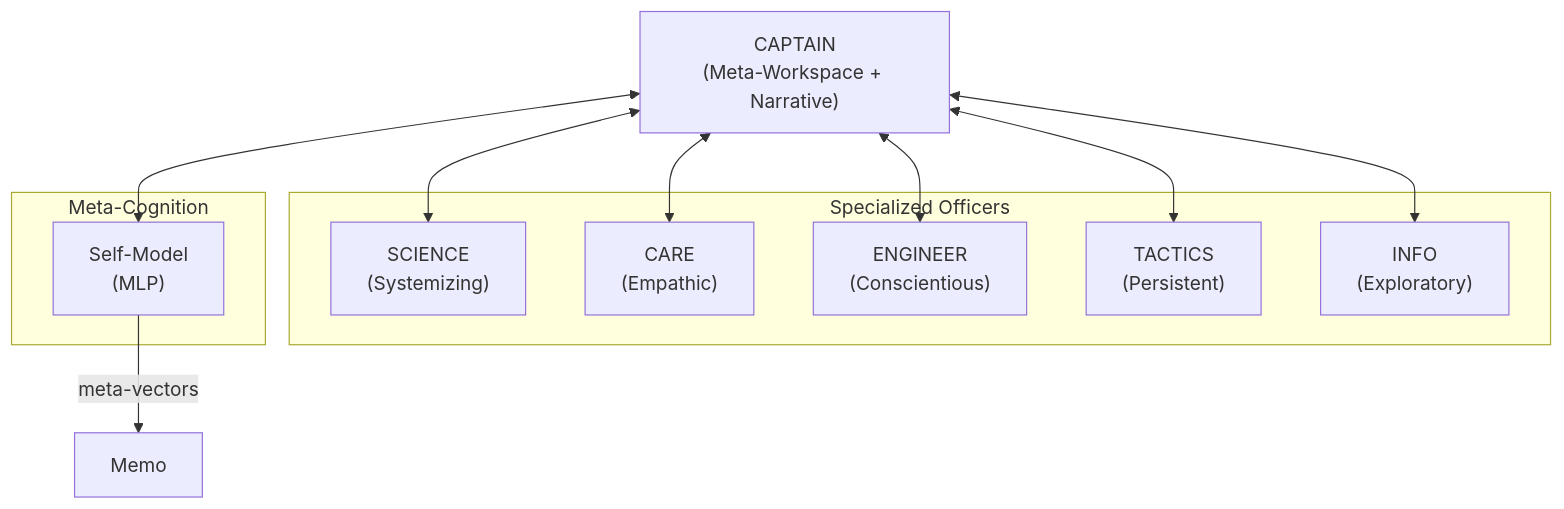
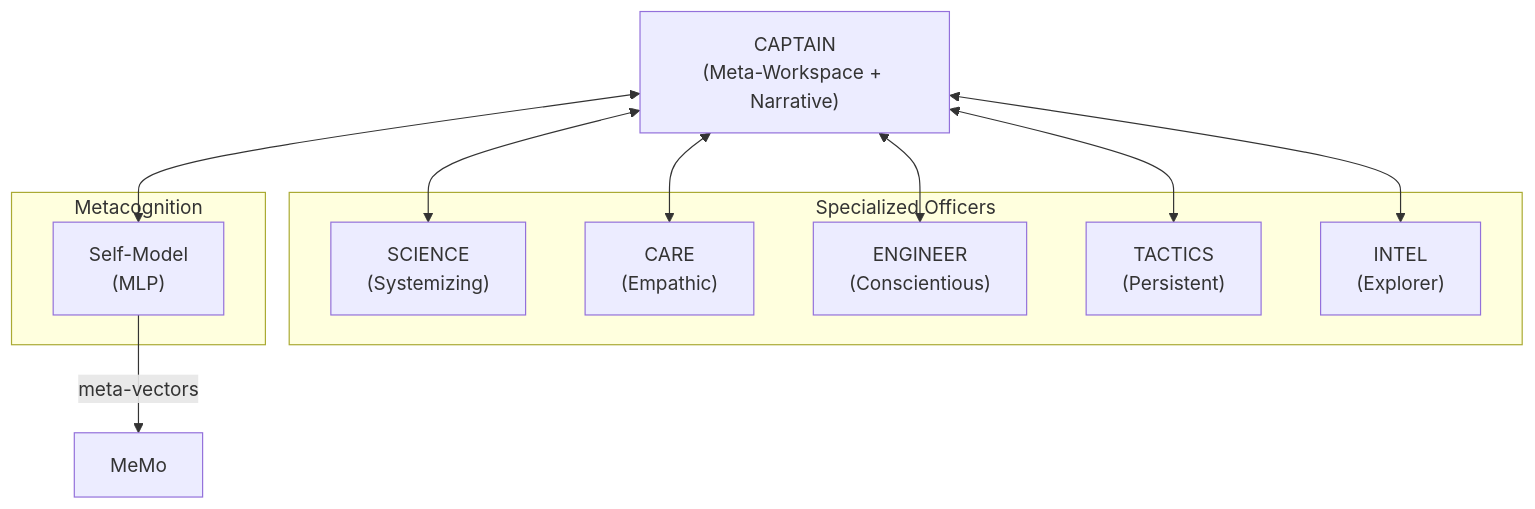
One commit to AlainCo/GNWT-Garrigue-X-en changed the fourth of 8 diagrams in architecture/architecture.md. Above: the diagram before and after it, drawn with Mermaid. The commit also changed other lines of this file and 22 other files, not shown here.

````diff
--- a/architecture/architecture.md
+++ b/architecture/architecture.md
@@ -71,25 +72,25 @@
 ```mermaid
 flowchart TD
-    Captain["CAPTAIN\n(Meta-Workspace + Narrative)"]
+    Capitaine["CAPTAIN\n(Meta-Workspace + Narrative)"] 
 
-    subgraph Officers ["Specialized Officers"]
+    subgraph Officiers ["Specialized Officers"]
         Science["SCIENCE\n(Systemizing)"]
-        Care["CARE\n(Empathic)"]
-        Engineer["ENGINEER\n(Conscientious)"]
-        Tactics["TACTICS\n(Persistent)"]
-        Info["INFO\n(Exploratory)"]
+        Soin["CARE\n(Empathic)"]
+        Ingenieur["ENGINEER\n(Conscientious)"]
+        Tactique["TACTICS\n(Persistent)"]
+        Rens["INTEL\n(Explorer)"]
     end
 
-    subgraph Meta ["Meta-Cognition"]
+    subgraph Meta ["Metacognition"]
         SM["Self-Model\n(MLP)"]
     end
 
-    Captain <--> Science
-    Captain <--> Care
-    Captain <--> Engineer
-    Captain <--> Tactics
-    Captain <--> Info
-    Captain <--> SM
+    Capitaine <--> Science
+    Capitaine <--> Soin
+    Capitaine <--> Ingenieur
+    Capitaine <--> Tactique
+    Capitaine <--> Rens
+    Capitaine <--> SM
 
-    SM -->|"meta-vectors"| Memo
+    SM -->|"meta-vectors"| MeMo
 ```
````
